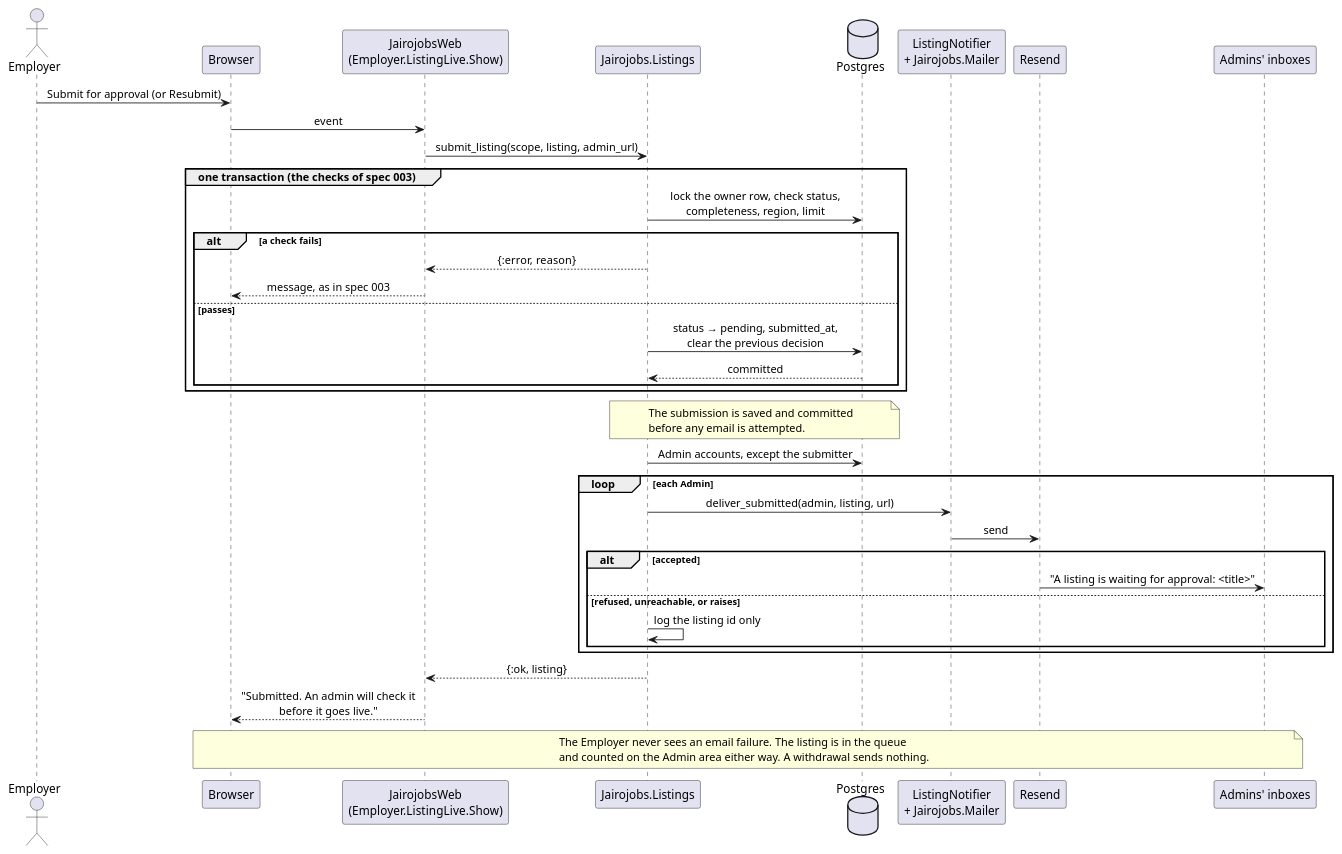
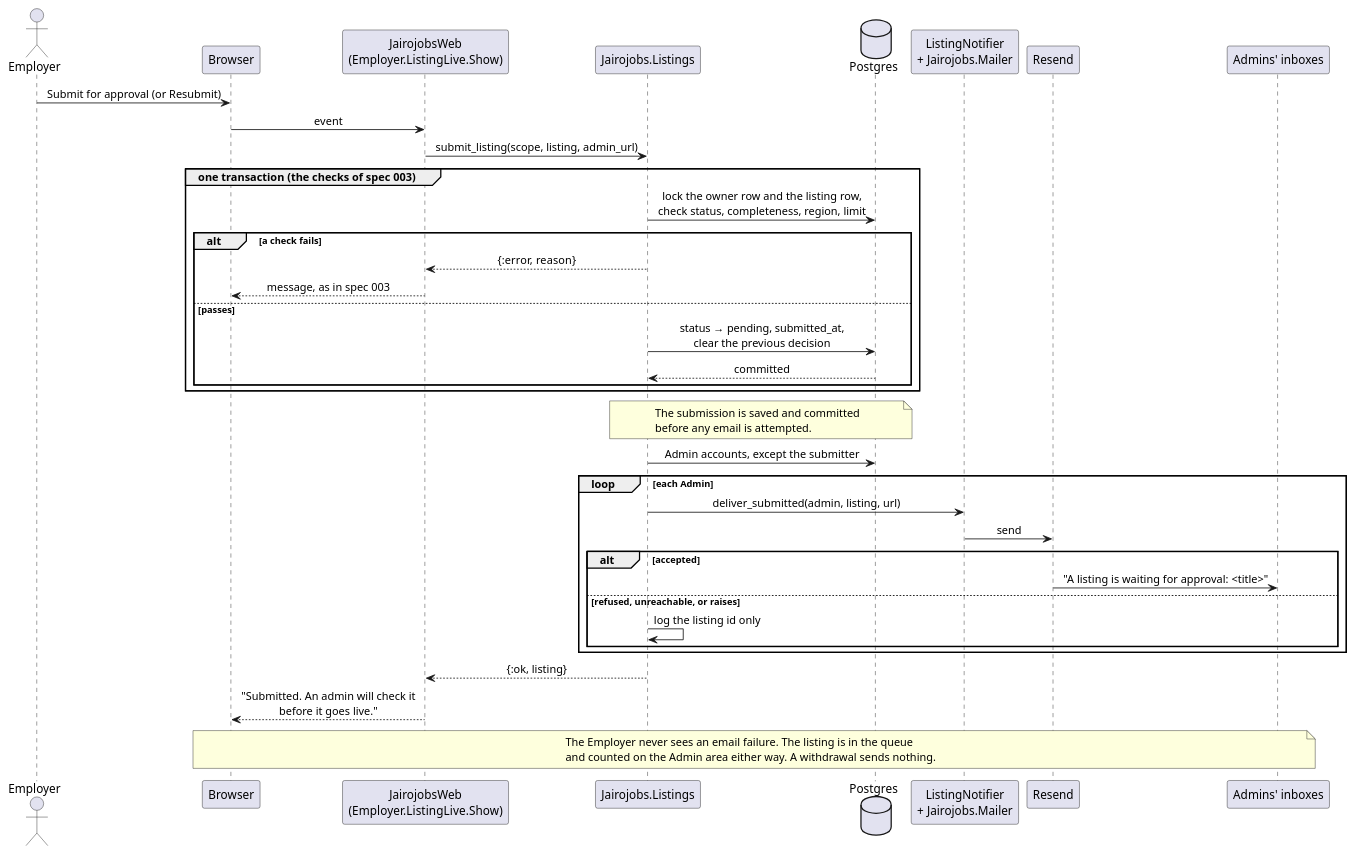
The diagram in docs/specs/004-listings-admin-moderation/diagrams/sequence-submission-email.puml (raseniero/jairojobs-elixir), drawn with PlantUML before and after one commit. The commit also changed 5 other files, not shown here.

Commit message:
docs(spec 004): edit email uses short names (REQ-004-9 amended); submission sequence shows the listing row lock

```diff
--- a/docs/specs/004-listings-admin-moderation/diagrams/sequence-submission-email.puml
+++ b/docs/specs/004-listings-admin-moderation/diagrams/sequence-submission-email.puml
@@ -1,52 +1,52 @@
 @startuml sequence-submission-email
 ' Spec 004 — an Employer's submission and the email to the Admins (REQ-004-10; REQ-003-6, -8).
 ' Parties: Employer's browser, JairojobsWeb (Employer listing LiveView), Jairojobs.Listings, Postgres,
 ' Mailer (Resend in production), each Admin's inbox.
 
 skinparam sequenceMessageAlign center
 skinparam responseMessageBelowArrow true
 
 actor Employer
 participant "Browser" as B
 participant "JairojobsWeb\n(Employer.ListingLive.Show)" as W
 participant "Jairojobs.Listings" as L
 database "Postgres" as DB
 participant "ListingNotifier\n+ Jairojobs.Mailer" as M
 participant "Resend" as R
 participant "Admins' inboxes" as IN
 
 Employer -> B : Submit for approval (or Resubmit)
 B -> W : event
 W -> L : submit_listing(scope, listing, admin_url)
 
 group one transaction (the checks of spec 003)
-  L -> DB : lock the owner row, check status,\ncompleteness, region, limit
+  L -> DB : lock the owner row and the listing row,\ncheck status, completeness, region, limit
   alt a check fails
     L --> W : {:error, reason}
     W --> B : message, as in spec 003
   else passes
     L -> DB : status → pending, submitted_at,\nclear the previous decision
     DB --> L : committed
   end
 end
 
 note over L, DB : The submission is saved and committed\nbefore any email is attempted.
 
 L -> DB : Admin accounts, except the submitter
 loop each Admin
   L -> M : deliver_submitted(admin, listing, url)
   M -> R : send
   alt accepted
     R -> IN : "A listing is waiting for approval: <title>"
   else refused, unreachable, or raises
     L -> L : log the listing id only
   end
 end
 L --> W : {:ok, listing}
 W --> B : "Submitted. An admin will check it\nbefore it goes live."
 
 note over B, IN
   The Employer never sees an email failure. The listing is in the queue
   and counted on the Admin area either way. A withdrawal sends nothing.
 end note
 @enduml
```
